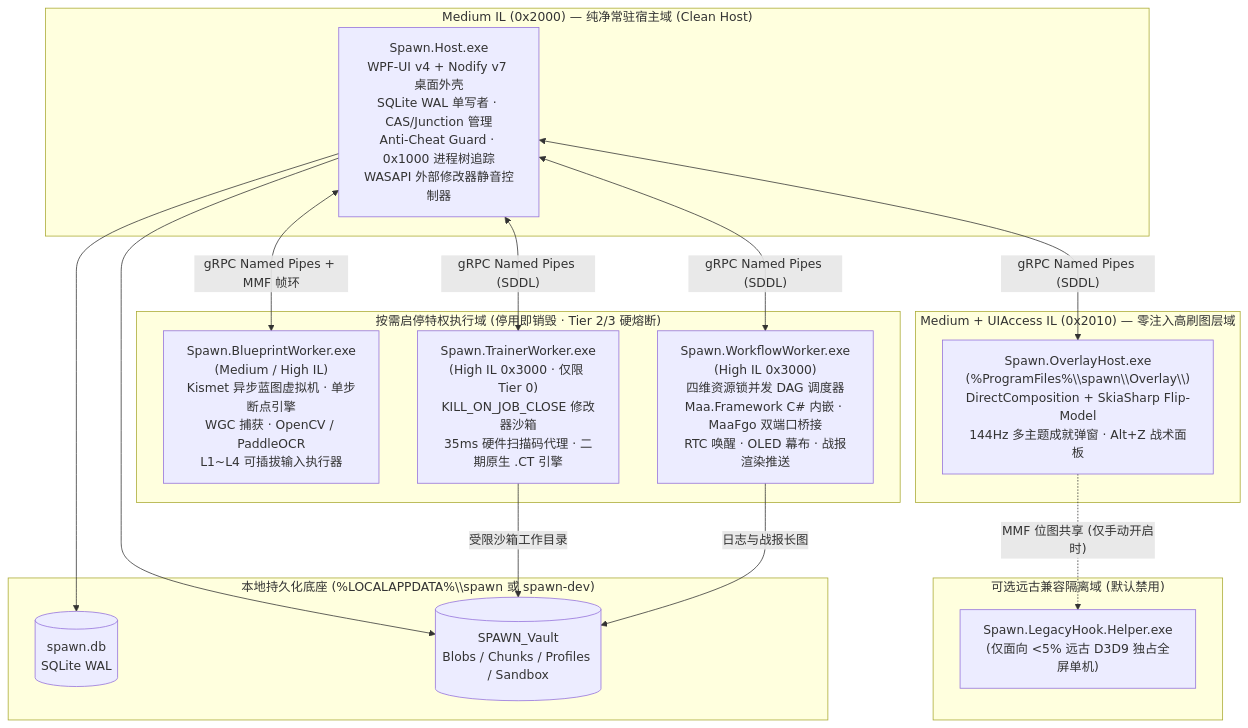
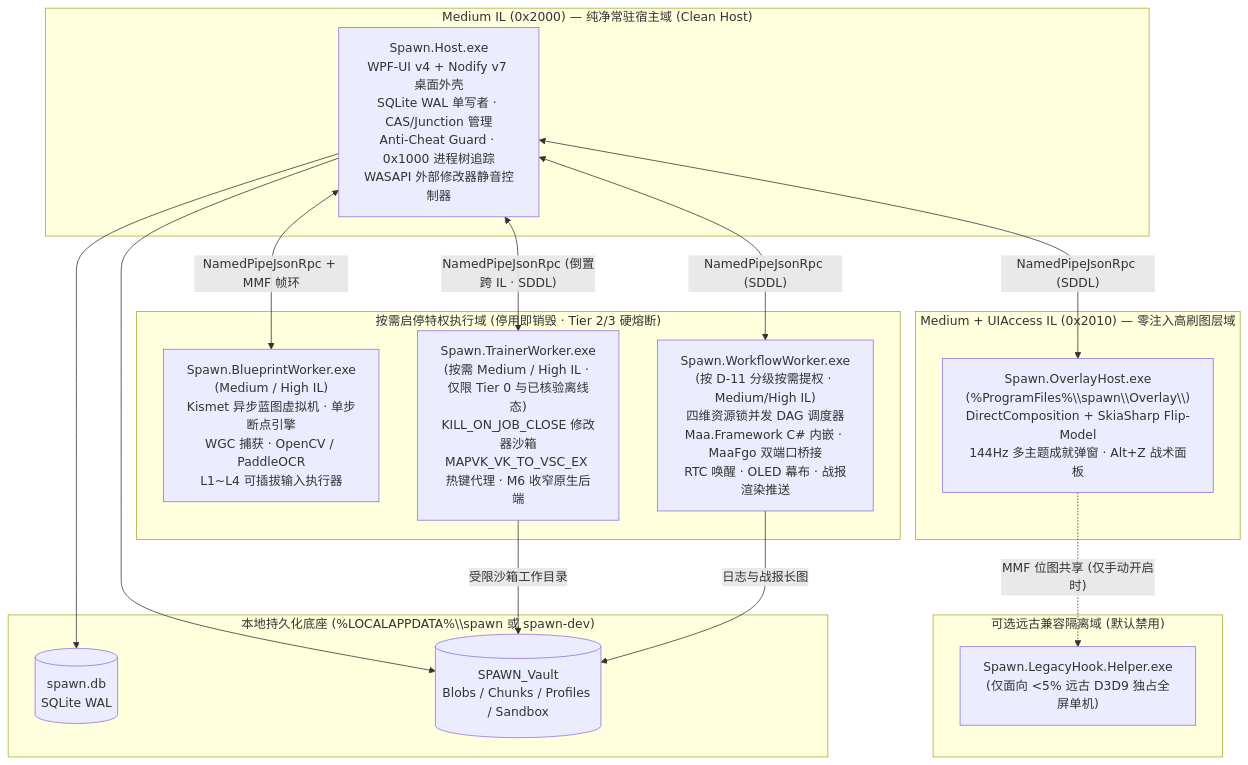
One commit to chialecode/spawn changed the first of 2 diagrams in docs/design/system-architecture.md. Above: the diagram before and after it, drawn with Mermaid. The commit also changed other lines of this file and 196 other files, not shown here.

````diff
--- a/docs/design/system-architecture.md
+++ b/docs/design/system-architecture.md
@@ -23,36 +23,36 @@
 ```mermaid
 flowchart TB
     subgraph MediumIL["Medium IL (0x2000) — 纯净常驻宿主域 (Clean Host)"]
         Host["Spawn.Host.exe<br/>WPF-UI v4 + Nodify v7 桌面外壳<br/>SQLite WAL 单写者 · CAS/Junction 管理<br/>Anti-Cheat Guard · 0x1000 进程树追踪<br/>WASAPI 外部修改器静音控制器"]
     end
 
     subgraph UIAccessIL["Medium + UIAccess IL (0x2010) — 零注入高刷图层域"]
         Overlay["Spawn.OverlayHost.exe<br/>(%ProgramFiles%\\spawn\\Overlay\\)<br/>DirectComposition + SkiaSharp Flip-Model<br/>144Hz 多主题成就弹窗 · Alt+Z 战术面板"]
     end
 
     subgraph OnDemandWorkers["按需启停特权执行域 (停用即销毁 · Tier 2/3 硬熔断)"]
         BPWorker["Spawn.BlueprintWorker.exe<br/>(Medium / High IL)<br/>Kismet 异步蓝图虚拟机 · 单步断点引擎<br/>WGC 捕获 · OpenCV / PaddleOCR<br/>L1~L4 可插拔输入执行器"]
-        TRWorker["Spawn.TrainerWorker.exe<br/>(High IL 0x3000 · 仅限 Tier 0)<br/>KILL_ON_JOB_CLOSE 修改器沙箱<br/>35ms 硬件扫描码代理 · 二期原生 .CT 引擎"]
-        WFWorker["Spawn.WorkflowWorker.exe<br/>(High IL 0x3000)<br/>四维资源锁并发 DAG 调度器<br/>Maa.Framework C# 内嵌 · MaaFgo 双端口桥接<br/>RTC 唤醒 · OLED 幕布 · 战报渲染推送"]
+        TRWorker["Spawn.TrainerWorker.exe<br/>(按需 Medium / High IL · 仅限 Tier 0 与已核验离线态)<br/>KILL_ON_JOB_CLOSE 修改器沙箱<br/>MAPVK_VK_TO_VSC_EX 热键代理 · M6 收窄原生后端"]
+        WFWorker["Spawn.WorkflowWorker.exe<br/>(按 D-11 分级按需提权 · Medium/High IL)<br/>四维资源锁并发 DAG 调度器<br/>Maa.Framework C# 内嵌 · MaaFgo 双端口桥接<br/>RTC 唤醒 · OLED 幕布 · 战报渲染推送"]
     end
 
     subgraph OptionalHelper["可选远古兼容隔离域 (默认禁用)"]
         LegacyOSD["Spawn.LegacyHook.Helper.exe<br/>(仅面向 <5% 远古 D3D9 独占全屏单机)"]
     end
 
     subgraph Storage["本地持久化底座 (%LOCALAPPDATA%\\spawn 或 spawn-dev)"]
         DB[("spawn.db<br/>SQLite WAL")]
         Vault[("SPAWN_Vault<br/>Blobs / Chunks / Profiles / Sandbox")]
     end
 
-    Host <-->|"gRPC Named Pipes (SDDL)"| Overlay
-    Host <-->|"gRPC Named Pipes + MMF 帧环"| BPWorker
-    Host <-->|"gRPC Named Pipes (SDDL)"| TRWorker
-    Host <-->|"gRPC Named Pipes (SDDL)"| WFWorker
+    Host <-->|"NamedPipeJsonRpc (SDDL)"| Overlay
+    Host <-->|"NamedPipeJsonRpc + MMF 帧环"| BPWorker
+    Host <-->|"NamedPipeJsonRpc (倒置跨 IL · SDDL)"| TRWorker
+    Host <-->|"NamedPipeJsonRpc (SDDL)"| WFWorker
     Overlay -.->|"MMF 位图共享 (仅手动开启时)"| LegacyOSD
 
     Host --> DB
     Host --> Vault
     TRWorker -->|"受限沙箱工作目录"| Vault
     WFWorker -->|"日志与战报长图"| Vault
 ```
````
